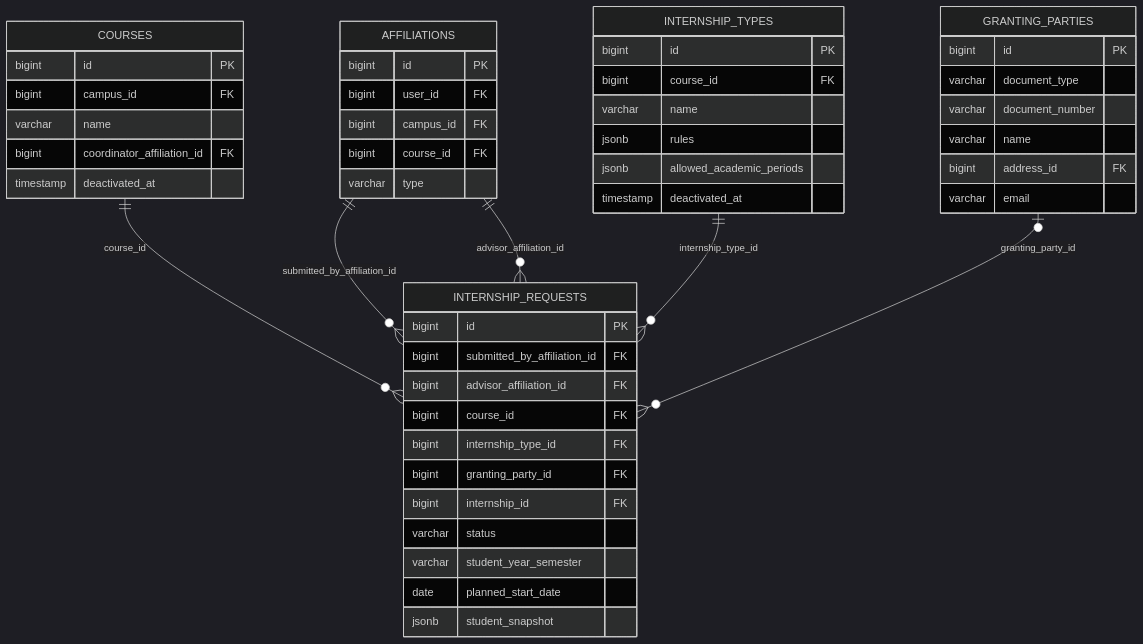
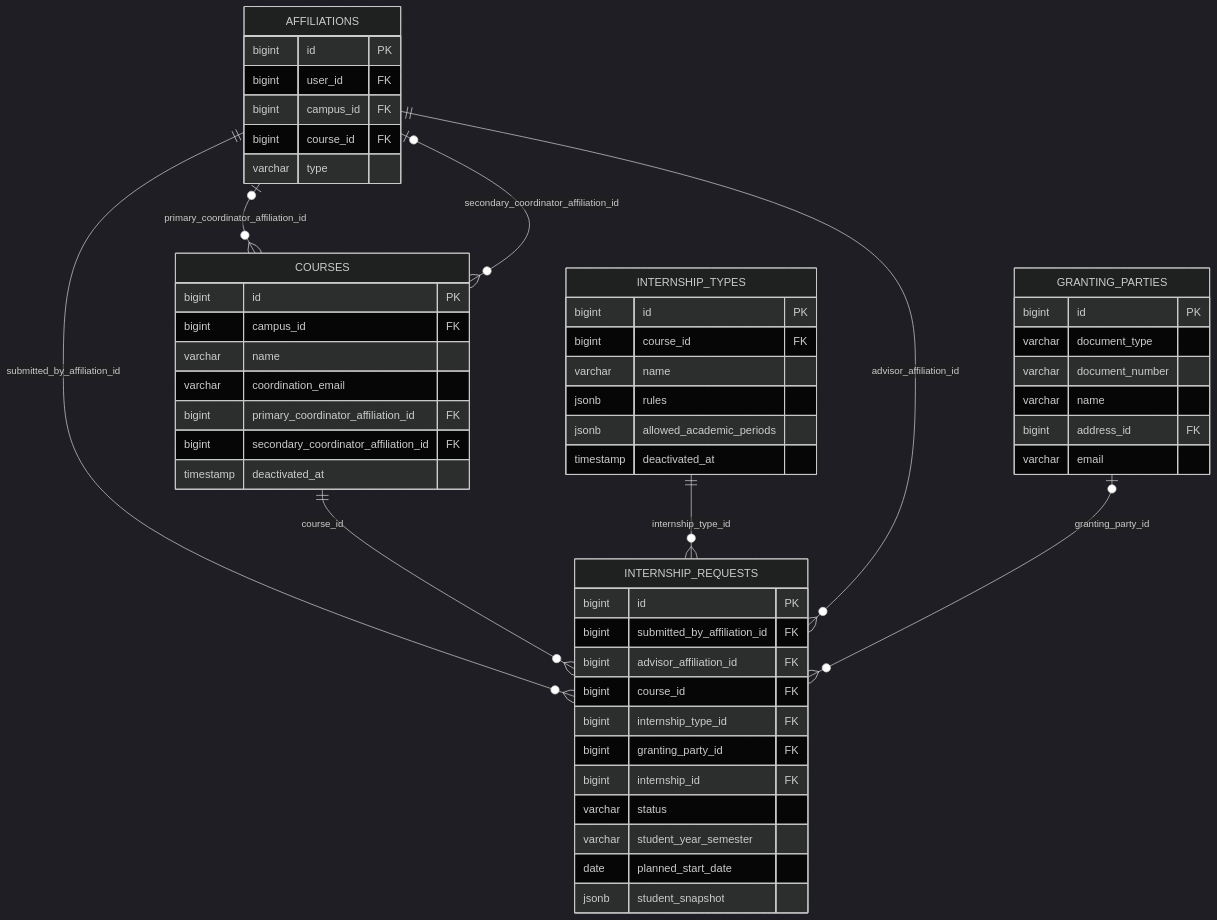
Before and after one commit to sge-suite/docs: the diagram in docs/diagrams/sources/modelo-nucleo-solicitacao.mmd, drawn with Mermaid (dark theme). The commit also changed 50 other files, not shown here.

```diff
--- a/docs/diagrams/sources/modelo-nucleo-solicitacao.mmd
+++ b/docs/diagrams/sources/modelo-nucleo-solicitacao.mmd
@@ -1,50 +1,54 @@
 erDiagram
     AFFILIATIONS ||--o{ INTERNSHIP_REQUESTS : submitted_by_affiliation_id
     COURSES ||--o{ INTERNSHIP_REQUESTS : course_id
+    AFFILIATIONS o|--o{ COURSES : primary_coordinator_affiliation_id
+    AFFILIATIONS o|--o{ COURSES : secondary_coordinator_affiliation_id
     INTERNSHIP_TYPES ||--o{ INTERNSHIP_REQUESTS : internship_type_id
     AFFILIATIONS ||--o{ INTERNSHIP_REQUESTS : advisor_affiliation_id
     GRANTING_PARTIES o|--o{ INTERNSHIP_REQUESTS : granting_party_id
 
     AFFILIATIONS {
         bigint id PK
         bigint user_id FK
         bigint campus_id FK
         bigint course_id FK
         varchar type
     }
     COURSES {
         bigint id PK
         bigint campus_id FK
         varchar name
-        bigint coordinator_affiliation_id FK
+        varchar coordination_email
+        bigint primary_coordinator_affiliation_id FK
+        bigint secondary_coordinator_affiliation_id FK
         timestamp deactivated_at
     }
     INTERNSHIP_TYPES {
         bigint id PK
         bigint course_id FK
         varchar name
         jsonb rules
         jsonb allowed_academic_periods
         timestamp deactivated_at
     }
     GRANTING_PARTIES {
         bigint id PK
         varchar document_type
         varchar document_number
         varchar name
         bigint address_id FK
         varchar email
     }
     INTERNSHIP_REQUESTS {
         bigint id PK
         bigint submitted_by_affiliation_id FK
         bigint advisor_affiliation_id FK
         bigint course_id FK
         bigint internship_type_id FK
         bigint granting_party_id FK
         bigint internship_id FK
         varchar status
         varchar student_year_semester
         date planned_start_date
         jsonb student_snapshot
     }
```
